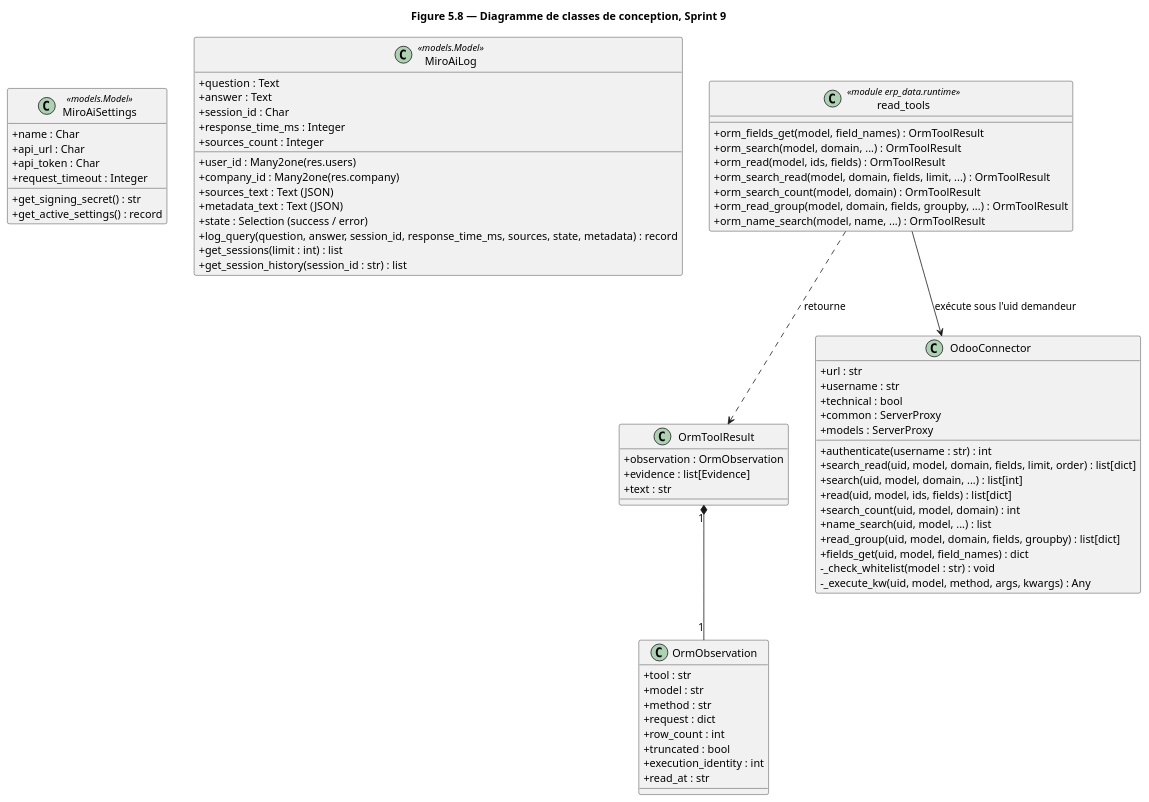
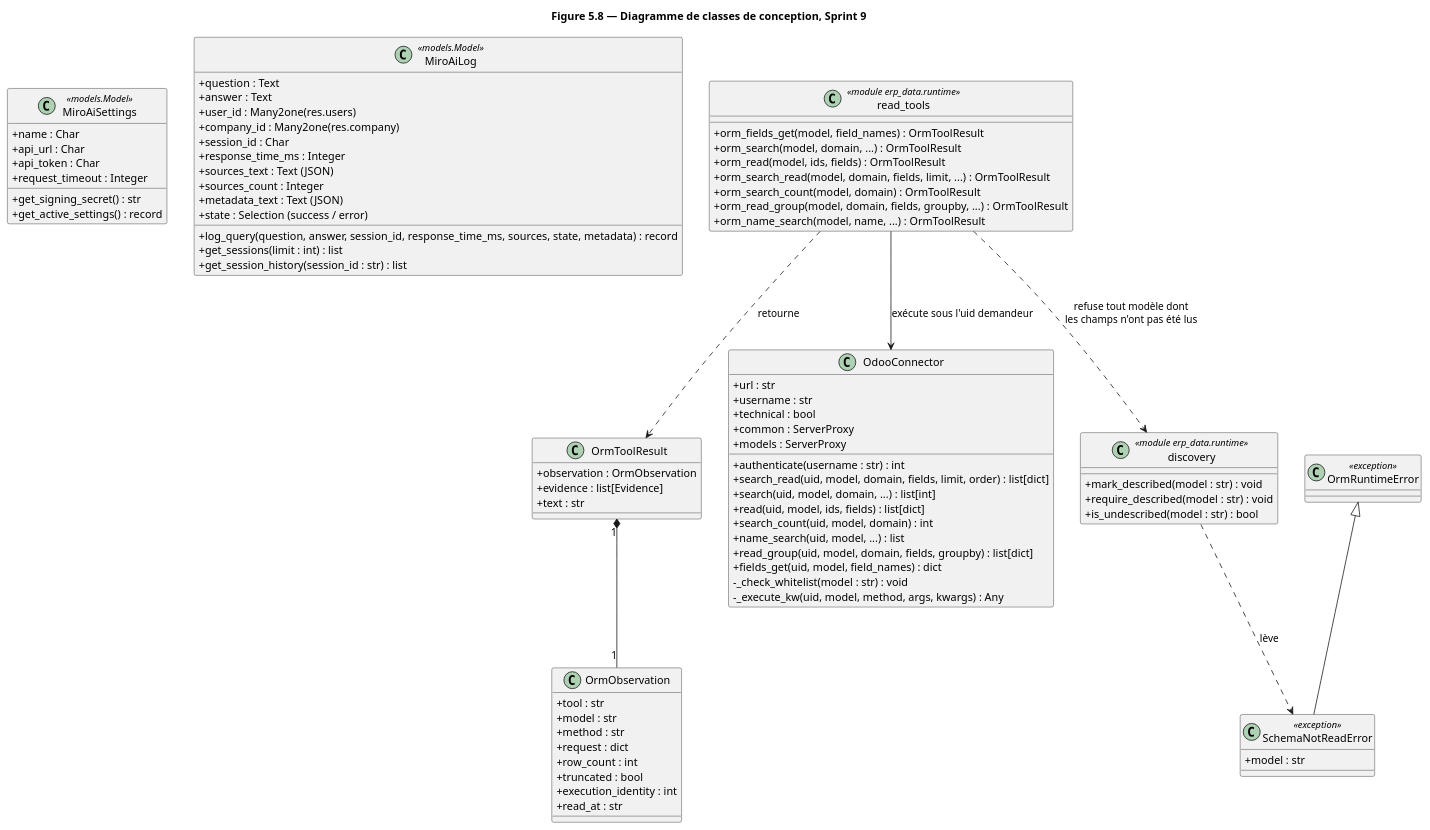
The diagram in todo/diagrammes/5_8_classes_sprint9.puml (katsuki2000/odoo-ia-prototype), drawn with PlantUML before and after one commit. The commit also changed 1 other file, not shown here.

Commit message:
docs(memoire): figure 5.11 alignee sur l'instance AWS g6.2xlarge, garde de decouverte ajoute a la 5.8

```diff
--- a/todo/diagrammes/5_8_classes_sprint9.puml
+++ b/todo/diagrammes/5_8_classes_sprint9.puml
@@ -1,78 +1,93 @@
 @startuml 5_8_classes_sprint9
 title Figure 5.8 — Diagramme de classes de conception, Sprint 9
 skinparam classAttributeIconSize 0
 
 class MiroAiSettings <<models.Model>> {
   +name : Char
   +api_url : Char
   +api_token : Char
   +request_timeout : Integer
   +get_signing_secret() : str
   +get_active_settings() : record
 }
 
 class MiroAiLog <<models.Model>> {
   +question : Text
   +answer : Text
-  +user_id : Many2one(res.users)
-  +company_id : Many2one(res.company)
+  {field} +user_id : Many2one(res.users)
+  {field} +company_id : Many2one(res.company)
   +session_id : Char
   +response_time_ms : Integer
-  +sources_text : Text (JSON)
+  {field} +sources_text : Text (JSON)
   +sources_count : Integer
-  +metadata_text : Text (JSON)
-  +state : Selection (success / error)
+  {field} +metadata_text : Text (JSON)
+  {field} +state : Selection (success / error)
   +log_query(question, answer, session_id, response_time_ms, sources, state, metadata) : record
   +get_sessions(limit : int) : list
   +get_session_history(session_id : str) : list
 }
 
 class "read_tools" as OrmRuntimeReadTools <<module erp_data.runtime>> {
   +orm_fields_get(model, field_names) : OrmToolResult
   +orm_search(model, domain, ...) : OrmToolResult
   +orm_read(model, ids, fields) : OrmToolResult
   +orm_search_read(model, domain, fields, limit, ...) : OrmToolResult
   +orm_search_count(model, domain) : OrmToolResult
   +orm_read_group(model, domain, fields, groupby, ...) : OrmToolResult
   +orm_name_search(model, name, ...) : OrmToolResult
 }
 
 class OrmToolResult {
   +observation : OrmObservation
   +evidence : list[Evidence]
   +text : str
 }
 
 class OrmObservation {
   +tool : str
   +model : str
   +method : str
   +request : dict
   +row_count : int
   +truncated : bool
   +execution_identity : int
   +read_at : str
 }
 
 class OdooConnector {
   +url : str
   +username : str
   +technical : bool
   +common : ServerProxy
   +models : ServerProxy
   +authenticate(username : str) : int
   +search_read(uid, model, domain, fields, limit, order) : list[dict]
   +search(uid, model, domain, ...) : list[int]
   +read(uid, model, ids, fields) : list[dict]
   +search_count(uid, model, domain) : int
   +name_search(uid, model, ...) : list
   +read_group(uid, model, domain, fields, groupby) : list[dict]
   +fields_get(uid, model, field_names) : dict
   -_check_whitelist(model : str) : void
   -_execute_kw(uid, model, method, args, kwargs) : Any
 }
 
+class "discovery" as Discovery <<module erp_data.runtime>> {
+  +mark_described(model : str) : void
+  +require_described(model : str) : void
+  +is_undescribed(model : str) : bool
+}
+
+class OrmRuntimeError <<exception>>
+
+class SchemaNotReadError <<exception>> {
+  +model : str
+}
+
 OrmRuntimeReadTools ..> OrmToolResult : retourne
 OrmToolResult "1" *-- "1" OrmObservation
 OrmRuntimeReadTools --> OdooConnector : exécute sous l'uid demandeur
+OrmRuntimeReadTools ..> Discovery : refuse tout modèle dont\nles champs n'ont pas été lus
+Discovery ..> SchemaNotReadError : lève
+OrmRuntimeError <|-- SchemaNotReadError
 @enduml
```
